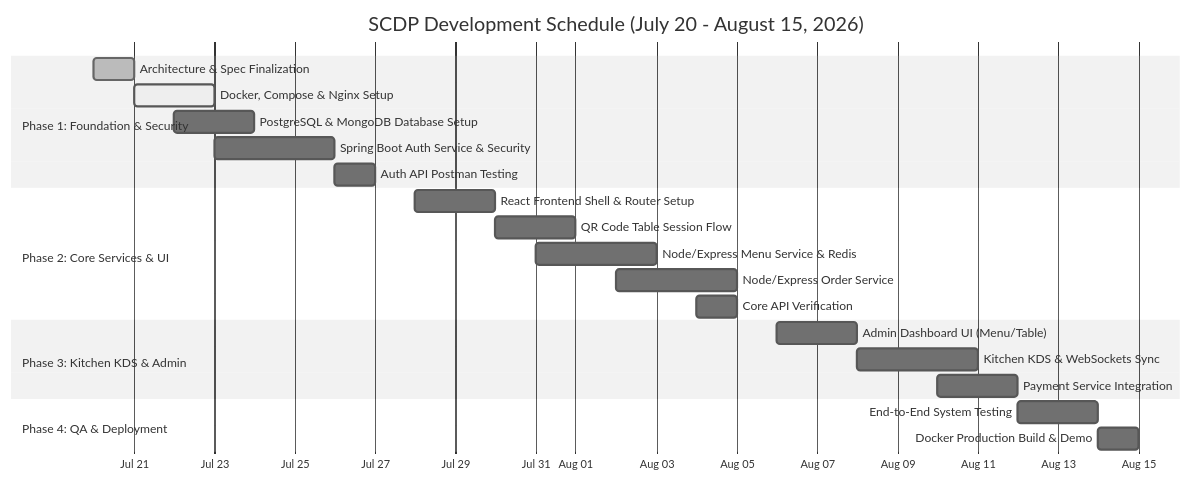
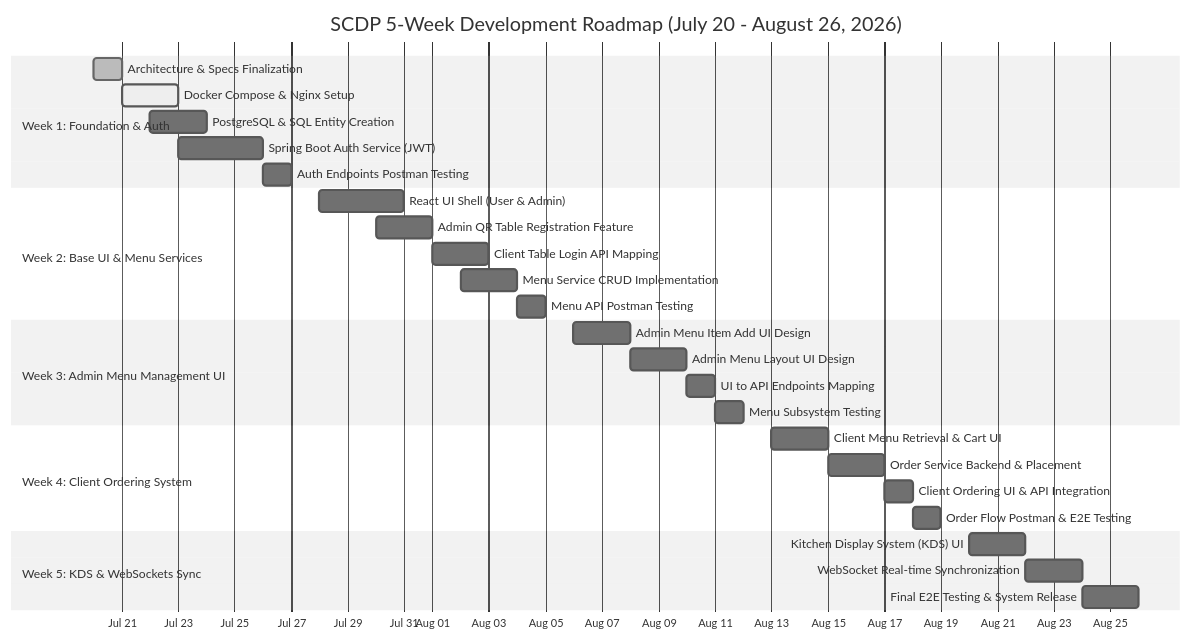
The first of 2 diagrams in Project/context/timeline.md (raval5114/Sem-3-MSIT), drawn with Mermaid (neutral theme) before and after one commit. The commit also changed other lines of this file, not shown here.

Commit message:
docs: add project development timeline and 5-week roadmap document

````diff
--- a/Project/context/timeline.md
+++ b/Project/context/timeline.md
@@ -11,29 +11,37 @@
 ```mermaid
 gantt
-    title SCDP Development Schedule (July 20 - August 15, 2026)
+    title SCDP 5-Week Development Roadmap (July 20 - August 26, 2026)
     dateFormat  YYYY-MM-DD
     axisFormat  %b %d
 
-    section Phase 1: Foundation & Security
-    Architecture & Spec Finalization     :done, arch, 2026-07-20, 2026-07-21
-    Docker, Compose & Nginx Setup        :active, devops1, 2026-07-21, 2026-07-23
-    PostgreSQL & MongoDB Database Setup  :db1, 2026-07-22, 2026-07-24
-    Spring Boot Auth Service & Security  :auth, 2026-07-23, 2026-07-26
-    Auth API Postman Testing             :test1, 2026-07-26, 2026-07-27
+    section Week 1: Foundation & Auth
+    Architecture & Specs Finalization    :done, arch, 2026-07-20, 2026-07-21
+    Docker Compose & Nginx Setup         :active, devops, 2026-07-21, 2026-07-23
+    PostgreSQL & SQL Entity Creation     :db, 2026-07-22, 2026-07-24
+    Spring Boot Auth Service (JWT)       :auth, 2026-07-23, 2026-07-26
+    Auth Endpoints Postman Testing       :test1, 2026-07-26, 2026-07-27
 
-    section Phase 2: Core Services & UI
-    React Frontend Shell & Router Setup  :ui1, 2026-07-28, 2026-07-30
-    QR Code Table Session Flow           :qr, 2026-07-30, 2026-08-01
-    Node/Express Menu Service & Redis    :menu, 2026-07-31, 2026-08-03
-    Node/Express Order Service           :order, 2026-08-02, 2026-08-05
-    Core API Verification                :test2, 2026-08-04, 2026-08-05
+    section Week 2: Base UI & Menu Services
+    React UI Shell (User & Admin)        :ui1, 2026-07-28, 2026-07-31
+    Admin QR Table Registration Feature  :qr, 2026-07-30, 2026-08-01
+    Client Table Login API Mapping       :client_api, 2026-08-01, 2026-08-03
+    Menu Service CRUD Implementation     :menu_svc, 2026-08-02, 2026-08-04
+    Menu API Postman Testing             :test2, 2026-08-04, 2026-08-05
 
-    section Phase 3: Kitchen KDS & Admin
-    Admin Dashboard UI (Menu/Table)      :admin, 2026-08-06, 2026-08-08
-    Kitchen KDS & WebSockets Sync        :kds, 2026-08-08, 2026-08-11
-    Payment Service Integration          :pay, 2026-08-10, 2026-08-12
+    section Week 3: Admin Menu Management UI
+    Admin Menu Item Add UI Design        :admin_design1, 2026-08-06, 2026-08-08
+    Admin Menu Layout UI Design          :admin_design2, 2026-08-08, 2026-08-10
+    UI to API Endpoints Mapping          :admin_map, 2026-08-10, 2026-08-11
+    Menu Subsystem Testing               :test3, 2026-08-11, 2026-08-12
 
-    section Phase 4: QA & Deployment
-    End-to-End System Testing            :e2e, 2026-08-12, 2026-08-14
-    Docker Production Build & Demo       :deploy, 2026-08-14, 2026-08-15
+    section Week 4: Client Ordering System
+    Client Menu Retrieval & Cart UI      :cart_ui, 2026-08-13, 2026-08-15
+    Order Service Backend & Placement    :order_svc, 2026-08-15, 2026-08-17
+    Client Ordering UI & API Integration :order_map, 2026-08-17, 2026-08-18
+    Order Flow Postman & E2E Testing     :test4, 2026-08-18, 2026-08-19
+
+    section Week 5: KDS & WebSockets Sync
+    Kitchen Display System (KDS) UI      :kds_ui, 2026-08-20, 2026-08-22
+    WebSocket Real-time Synchronization  :ws_sync, 2026-08-22, 2026-08-24
+    Final E2E Testing & System Release   :release, 2026-08-24, 2026-08-26
 ```
````
